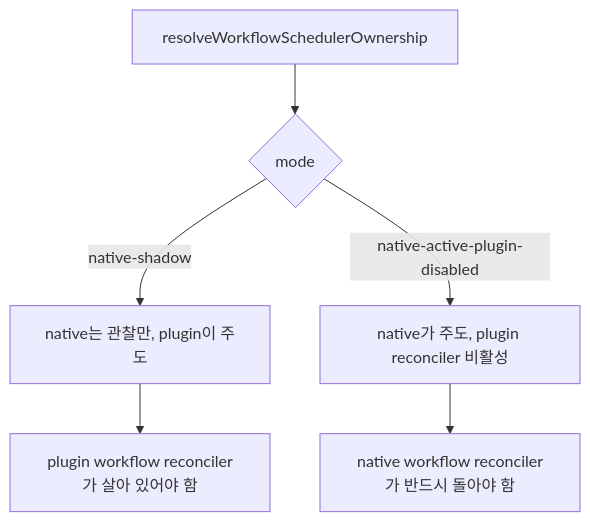
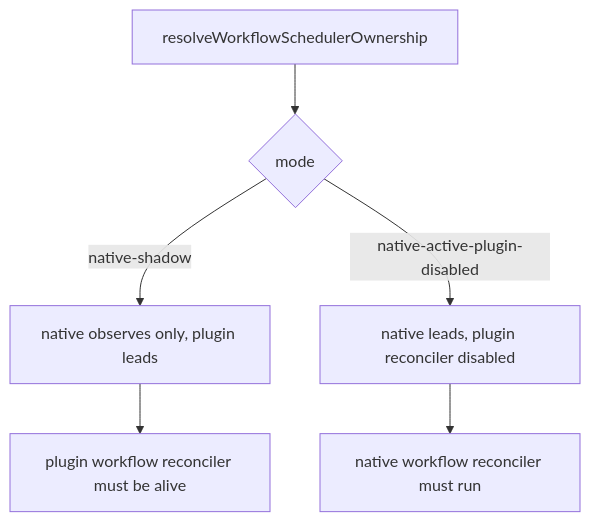
One commit to insightflo/papercompany-runtime changed diagram 12 of 17 in docs/guides/agent-developer/mission-workflow-runtime.md. Above: the diagram before and after it, drawn with Mermaid. The commit also changed other lines of this file and 173 other files, not shown here.

````diff
--- a/docs/guides/agent-developer/mission-workflow-runtime.md
+++ b/docs/guides/agent-developer/mission-workflow-runtime.md
@@ -379,8 +330,8 @@
 ```mermaid
 flowchart TD
   Ownership["resolveWorkflowSchedulerOwnership"] --> Mode{"mode"}
-  Mode -- "native-shadow" --> Shadow["native는 관찰만, plugin이 주도"]
-  Mode -- "native-active-plugin-disabled" --> Native["native가 주도, plugin reconciler 비활성"]
-  Native --> NeedNativeReconciler["native workflow reconciler가 반드시 돌아야 함"]
-  Shadow --> NeedPlugin["plugin workflow reconciler가 살아 있어야 함"]
+  Mode -- "native-shadow" --> Shadow["native observes only, plugin leads"]
+  Mode -- "native-active-plugin-disabled" --> Native["native leads, plugin reconciler disabled"]
+  Native --> NeedNativeReconciler["native workflow reconciler must run"]
+  Shadow --> NeedPlugin["plugin workflow reconciler must be alive"]
 ```
````
